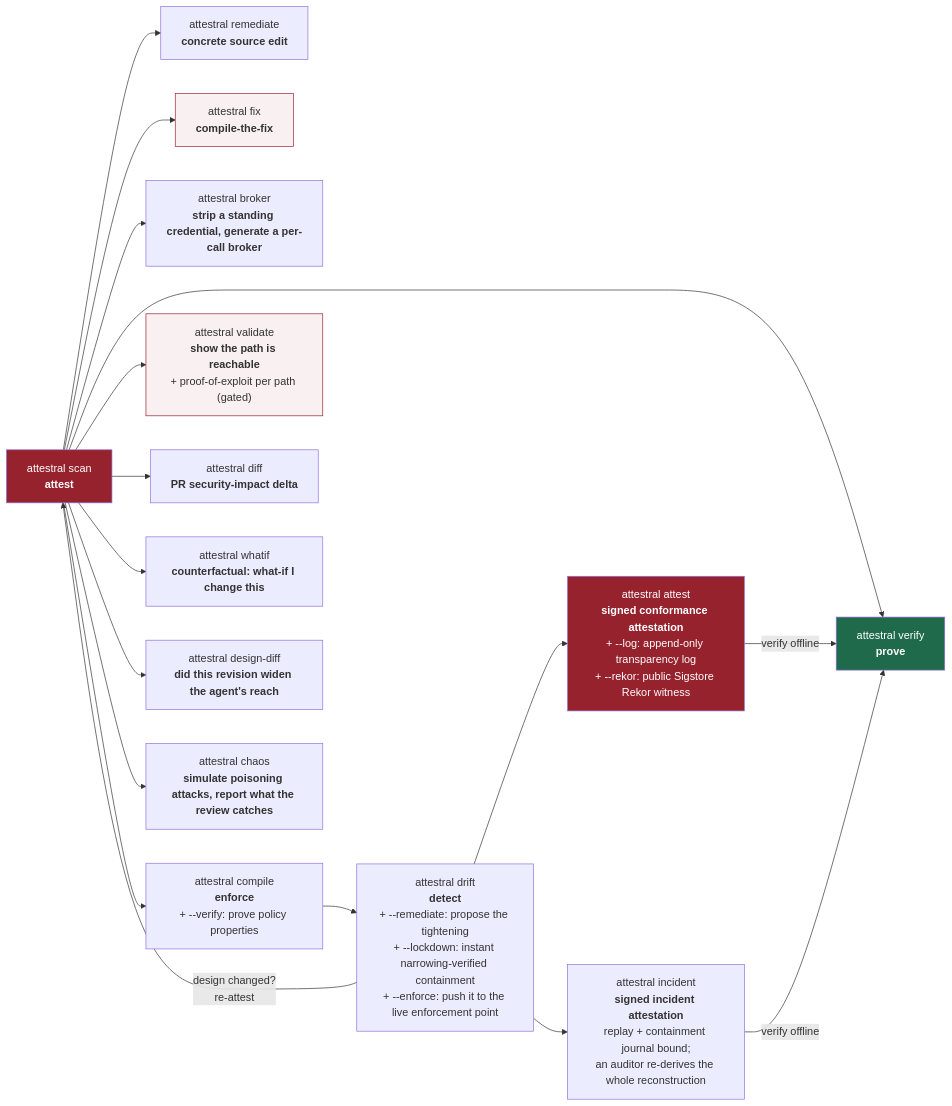
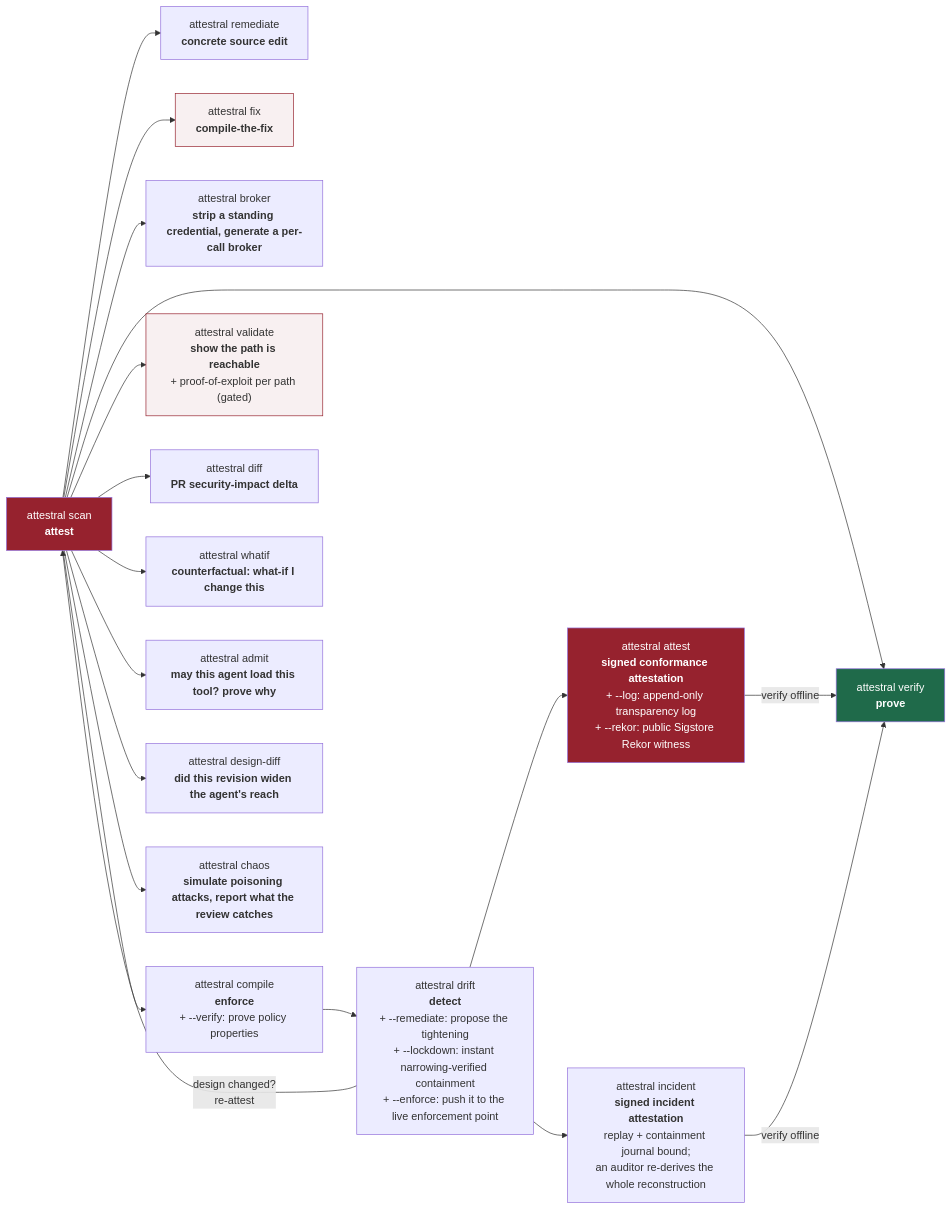
Before and after one commit to attestral-labs/attestral: the second of 5 diagrams in README.md, drawn with Mermaid. The commit also changed other lines of this file and 11 other files, not shown here.

````diff
--- a/README.md
+++ b/README.md
@@ -287,24 +287,25 @@
 ```mermaid
 flowchart LR
     A["attestral scan<br/><b>attest</b>"] --> B["attestral verify<br/><b>prove</b>"]
     A --> R["attestral remediate<br/><b>concrete source edit</b>"]
     A --> F["attestral fix<br/><b>compile-the-fix</b>"]
     A --> BR["attestral broker<br/><b>strip a standing credential, generate a per-call broker</b>"]
     A --> C["attestral compile<br/><b>enforce</b><br/>+ --verify: prove policy properties"]
     C --> D["attestral drift<br/><b>detect</b><br/>+ --remediate: propose the tightening<br/>+ --lockdown: instant narrowing-verified containment<br/>+ --enforce: push it to the live enforcement point"]
     D --> AT["attestral attest<br/><b>signed conformance attestation</b><br/>+ --log: append-only transparency log<br/>+ --rekor: public Sigstore Rekor witness"]
     AT -->|"verify offline"| B
     D --> INC["attestral incident<br/><b>signed incident attestation</b><br/>replay + containment journal bound;<br/>an auditor re-derives the whole reconstruction"]
     INC -->|"verify offline"| B
     D -->|"design changed?<br/>re-attest"| A
     A --> V["attestral validate<br/><b>show the path is reachable</b><br/>+ proof-of-exploit per path (gated)"]
     A --> DF["attestral diff<br/><b>PR security-impact delta</b>"]
     A --> WI["attestral whatif<br/><b>counterfactual: what-if I change this</b>"]
+    A --> AD["attestral admit<br/><b>may this agent load this tool? prove why</b>"]
     A --> DD["attestral design-diff<br/><b>did this revision widen the agent's reach</b>"]
     A --> CH["attestral chaos<br/><b>simulate poisoning attacks, report what the review catches</b>"]
     style A fill:#96222E,color:#fff
     style B fill:#1F6A4A,color:#fff
     style F fill:#96222E11,stroke:#96222E
     style V fill:#96222E11,stroke:#96222E
     style AT fill:#96222E,color:#fff
 ```
````
